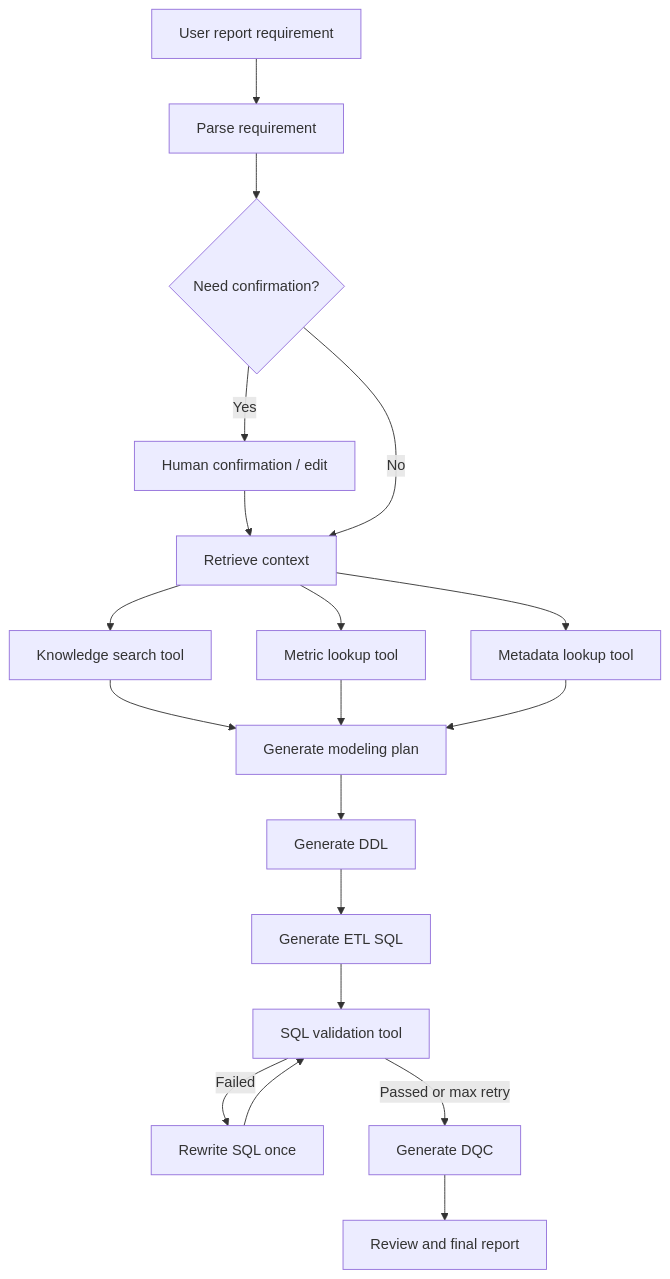
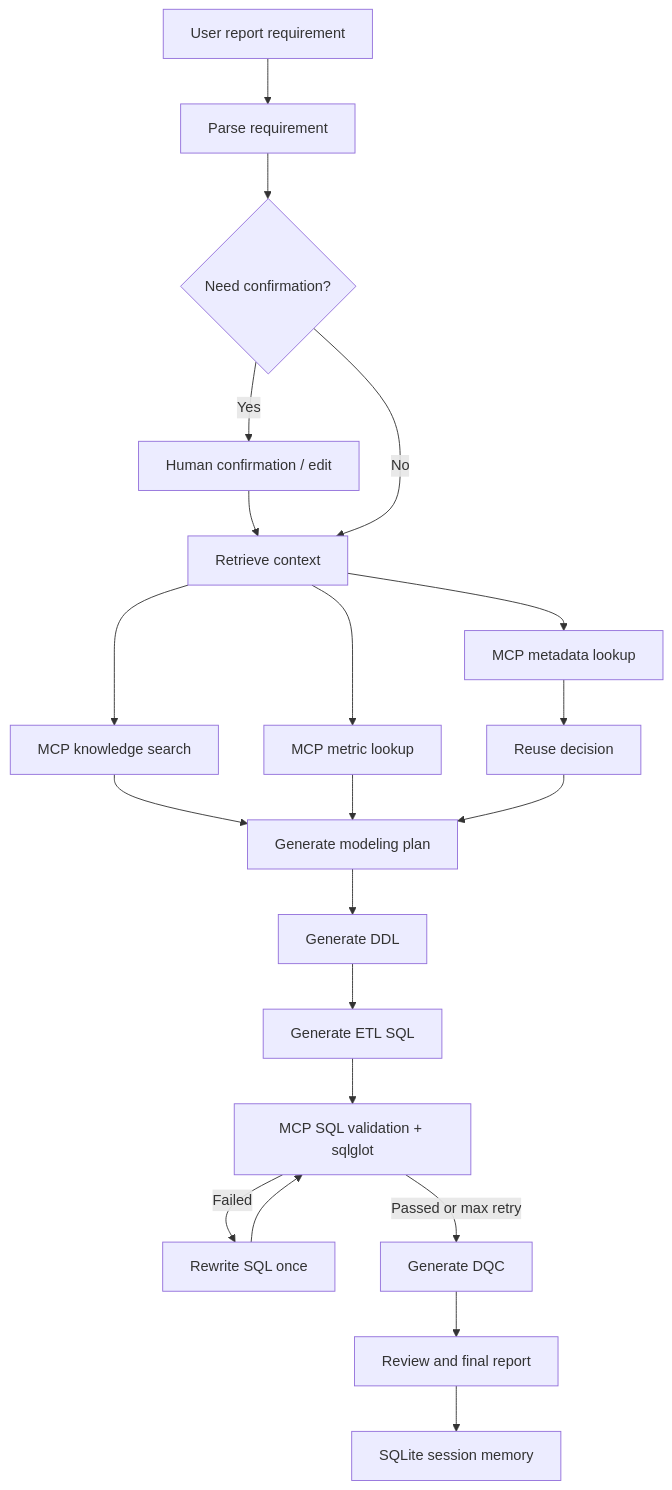
The diagram in README.md (juebunengkun/warehouse-agent-mvp), drawn with Mermaid before and after one commit. The commit also changed other lines of this file and 27 other files, not shown here.

Commit message:
Upgrade agent with MCP client reuse memory and sqlglot

````diff
--- a/README.md
+++ b/README.md
@@ -30,21 +33,23 @@
 ```mermaid
 flowchart TD
     A["User report requirement"] --> B["Parse requirement"]
     B --> C{"Need confirmation?"}
     C -->|Yes| D["Human confirmation / edit"]
     D --> E["Retrieve context"]
     C -->|No| E
-    E --> F["Knowledge search tool"]
-    E --> G["Metric lookup tool"]
-    E --> H["Metadata lookup tool"]
-    F --> I["Generate modeling plan"]
-    G --> I
-    H --> I
-    I --> J["Generate DDL"]
-    J --> K["Generate ETL SQL"]
-    K --> L["SQL validation tool"]
-    L -->|Failed| M["Rewrite SQL once"]
-    M --> L
-    L -->|Passed or max retry| N["Generate DQC"]
-    N --> O["Review and final report"]
+    E --> F["MCP knowledge search"]
+    E --> G["MCP metric lookup"]
+    E --> H["MCP metadata lookup"]
+    H --> I["Reuse decision"]
+    F --> J["Generate modeling plan"]
+    G --> J
+    I --> J
+    J --> K["Generate DDL"]
+    K --> L["Generate ETL SQL"]
+    L --> M["MCP SQL validation + sqlglot"]
+    M -->|Failed| N["Rewrite SQL once"]
+    N --> M
+    M -->|Passed or max retry| O["Generate DQC"]
+    O --> P["Review and final report"]
+    P --> Q["SQLite session memory"]
 ```
````
